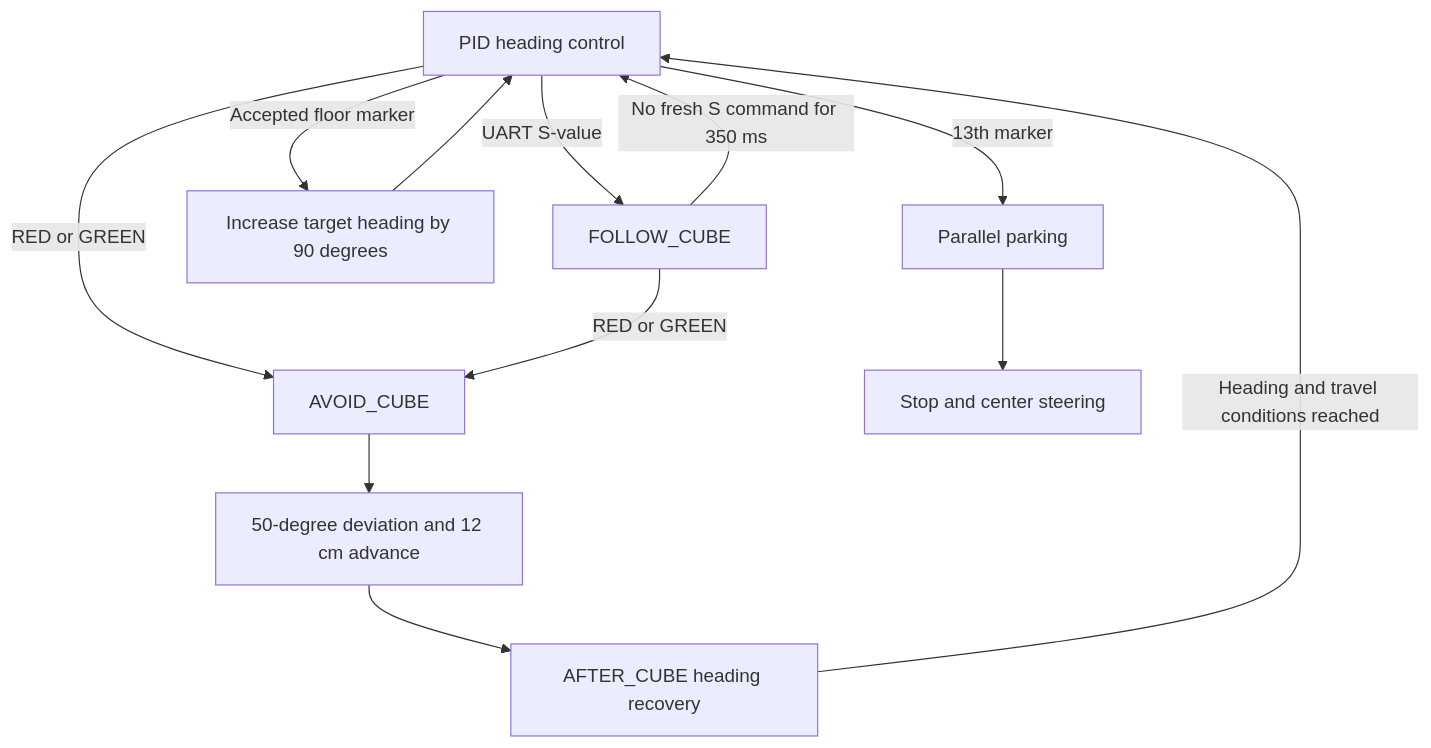
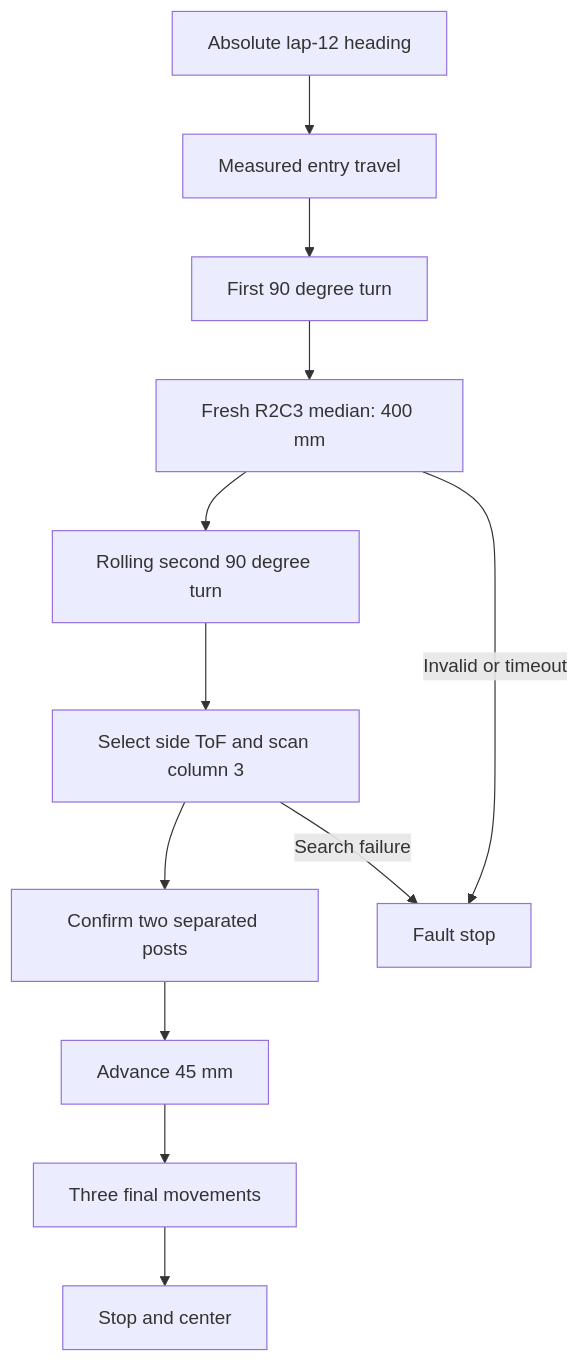
The fourth of 4 diagrams in docs/04-software.md (andreipopescufilimon/WRO2026_Future_Engineers), drawn with Mermaid before and after one commit. The commit also changed other lines of this file and 1 other file, not shown here.

````diff
--- a/docs/04-software.md
+++ b/docs/04-software.md
@@ -583,14 +472,14 @@
 ```mermaid
 flowchart TD
-    PID[PID heading control] -->|UART S-value| FOLLOW[FOLLOW_CUBE]
-    FOLLOW -->|No fresh S command for 350 ms| PID
-    PID -->|RED or GREEN| AVOID[AVOID_CUBE]
-    FOLLOW -->|RED or GREEN| AVOID
-    AVOID --> PASS[50-degree deviation and 12 cm advance]
-    PASS --> AFTER[AFTER_CUBE heading recovery]
-    AFTER -->|Heading and travel conditions reached| PID
-    PID -->|Accepted floor marker| CORNER[Increase target heading by 90 degrees]
-    CORNER --> PID
-    PID -->|13th marker| PARK[Parallel parking]
-    PARK --> STOP[Stop and center steering]
+ A[Absolute lap-12 heading] --> B[Measured entry travel]
+ B --> C[First 90 degree turn]
+ C --> D[Fresh R2C3 median: 400 mm]
+ D --> E[Rolling second 90 degree turn]
+ E --> F[Select side ToF and scan column 3]
+ F --> G[Confirm two separated posts]
+ G --> H[Advance 45 mm]
+ H --> I[Three final movements]
+ I --> J[Stop and center]
+ D -->|Invalid or timeout| K[Fault stop]
+ F -->|Search failure| K
 ```
````
